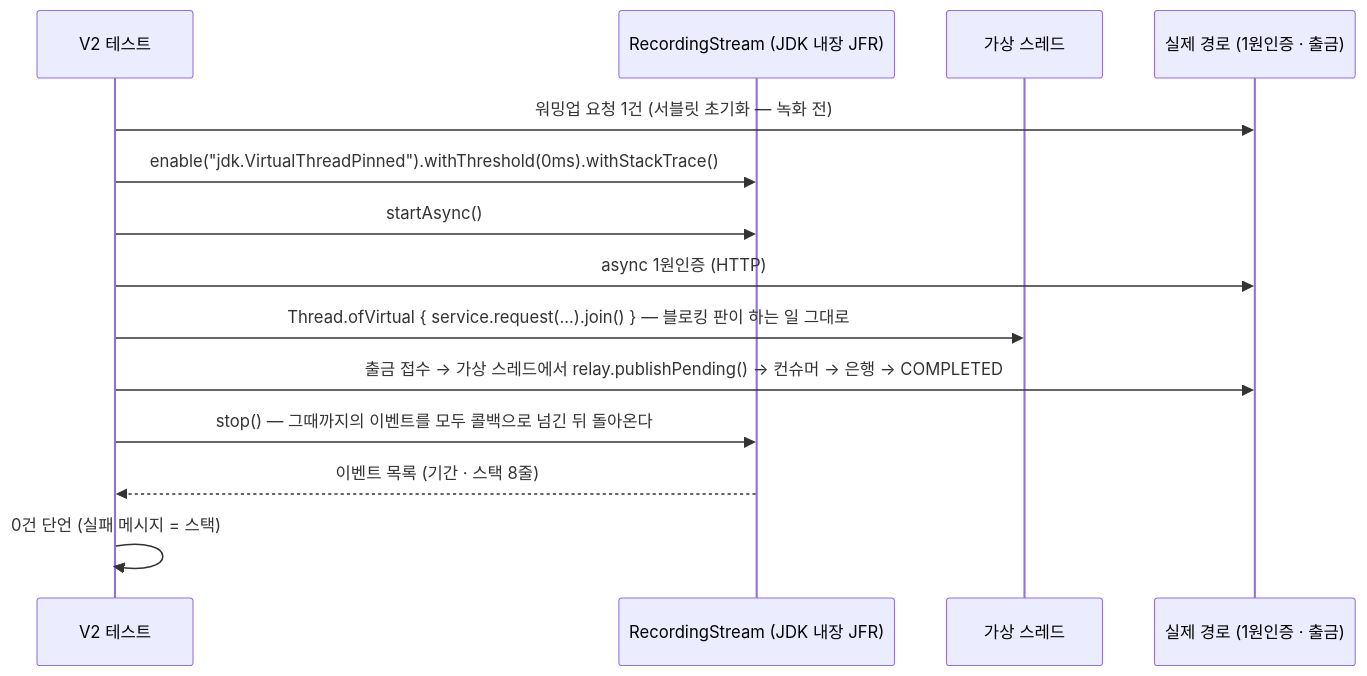
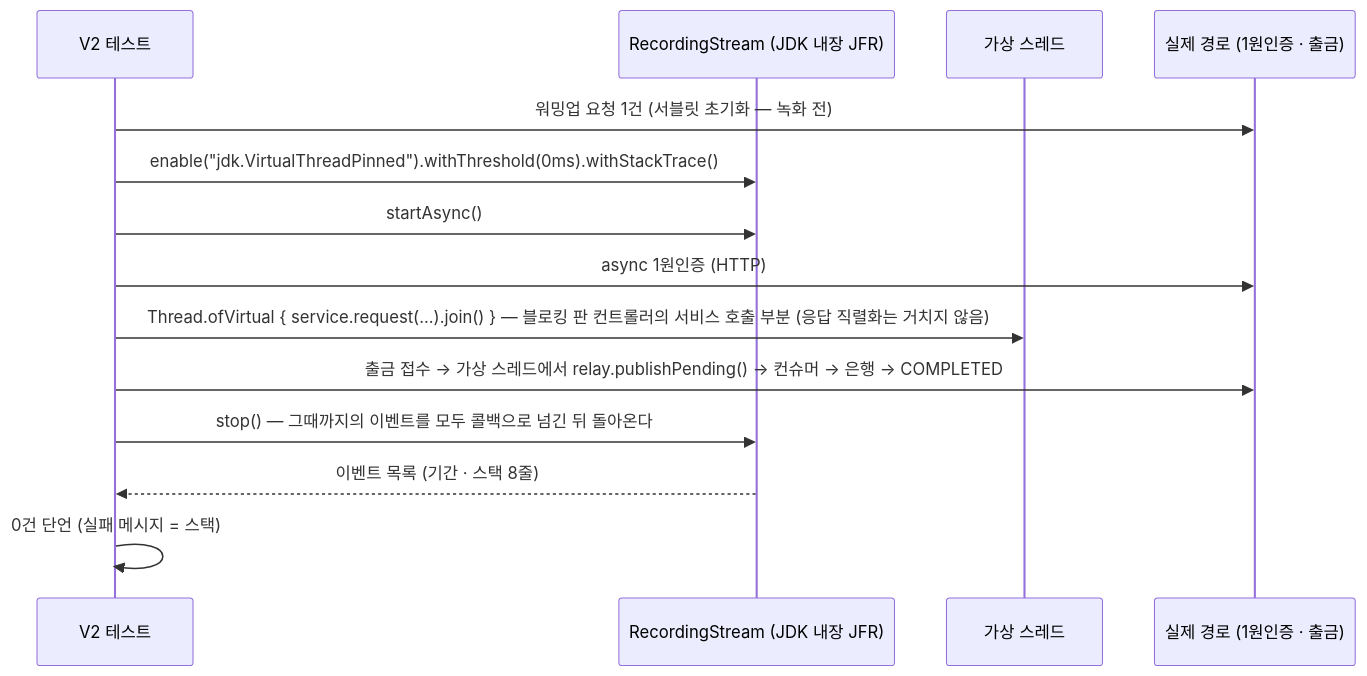
Before and after one commit to hyeokjinON/bank-transfer: the seventh of 9 diagrams in docs/perf/p7-virtual-threads.md, drawn with Mermaid. The commit also changed other lines of this file and 10 other files, not shown here.

````diff
--- a/docs/perf/p7-virtual-threads.md
+++ b/docs/perf/p7-virtual-threads.md
@@ -136,16 +136,16 @@
 ```mermaid
 sequenceDiagram
   participant Test as V2 테스트
   participant RS as RecordingStream (JDK 내장 JFR)
   participant VT as 가상 스레드
   participant App as 실제 경로 (1원인증 · 출금)
   Test->>App: 워밍업 요청 1건 (서블릿 초기화 — 녹화 전)
   Test->>RS: enable("jdk.VirtualThreadPinned").withThreshold(0ms).withStackTrace()
   Test->>RS: startAsync()
   Test->>App: async 1원인증 (HTTP)
-  Test->>VT: Thread.ofVirtual { service.request(...).join() } — 블로킹 판이 하는 일 그대로
+  Test->>VT: Thread.ofVirtual { service.request(...).join() } — 블로킹 판 컨트롤러의 서비스 호출 부분 (응답 직렬화는 거치지 않음)
   Test->>App: 출금 접수 → 가상 스레드에서 relay.publishPending() → 컨슈머 → 은행 → COMPLETED
   Test->>RS: stop() — 그때까지의 이벤트를 모두 콜백으로 넘긴 뒤 돌아온다
   RS-->>Test: 이벤트 목록 (기간 · 스택 8줄)
   Test->>Test: 0건 단언 (실패 메시지 = 스택)
 ```
````
